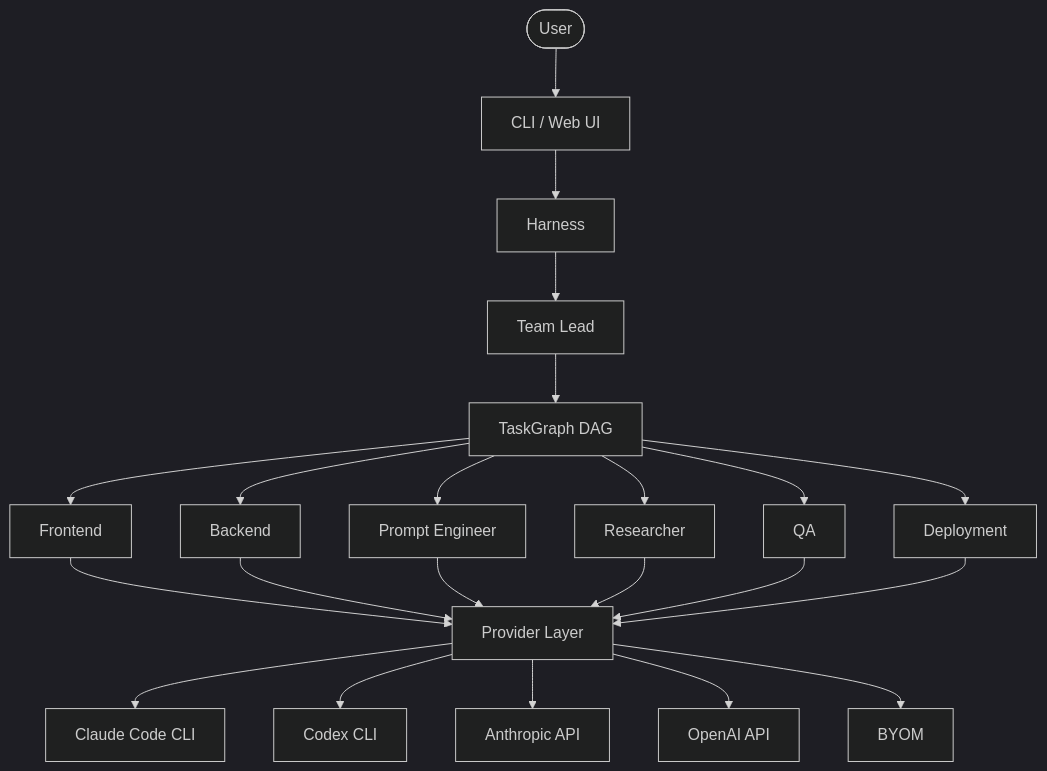
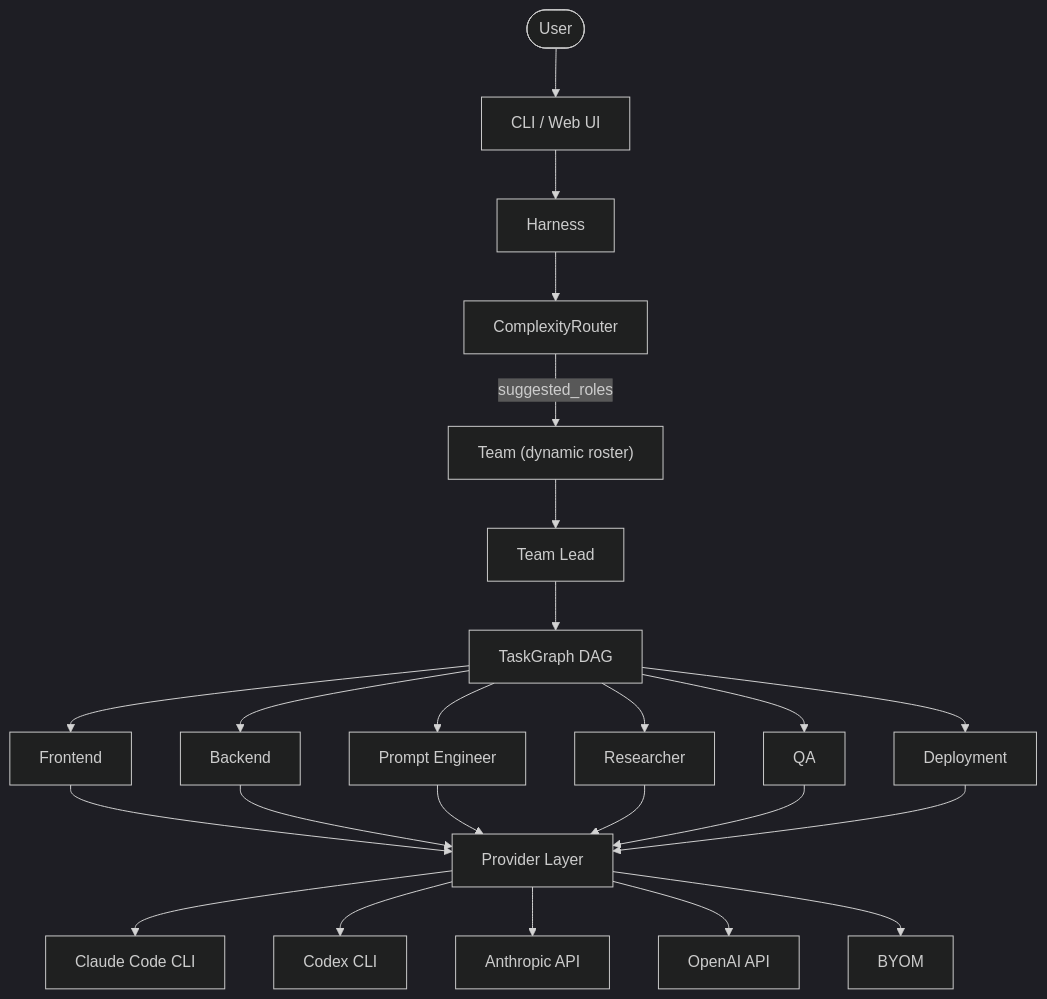
The diagram in README.md (Nishchaie/ch.ai), drawn with Mermaid (dark theme) before and after one commit. The commit also changed other lines of this file and 5 other files, not shown here.

Commit message:
Instead of always spinning up all 7 roles, the Harness now uses the ComplexityRouter's suggested_roles to build a filtered team per prompt.

````diff
--- a/README.md
+++ b/README.md
@@ -109,24 +109,26 @@
 ```mermaid
 flowchart TB
     User([User]) --> CLI[CLI / Web UI]
     CLI --> Harness[Harness]
-    Harness --> Lead[Team Lead]
+    Harness --> Router[ComplexityRouter]
+    Router -->|"suggested_roles"| DynTeam["Team (dynamic roster)"]
+    DynTeam --> Lead[Team Lead]
     Lead --> TaskGraph[TaskGraph DAG]
     TaskGraph --> FE[Frontend]
     TaskGraph --> BE[Backend]
     TaskGraph --> Prompt[Prompt Engineer]
     TaskGraph --> Researcher[Researcher]
     TaskGraph --> QA[QA]
     TaskGraph --> Deploy[Deployment]
     FE --> Providers[Provider Layer]
     BE --> Providers
     Prompt --> Providers
     Researcher --> Providers
     QA --> Providers
     Deploy --> Providers
     Providers --> ClaudeCode[Claude Code CLI]
     Providers --> Codex[Codex CLI]
     Providers --> AnthropicAPI[Anthropic API]
     Providers --> OpenAIAPI[OpenAI API]
     Providers --> Custom[BYOM]
 ```
````
